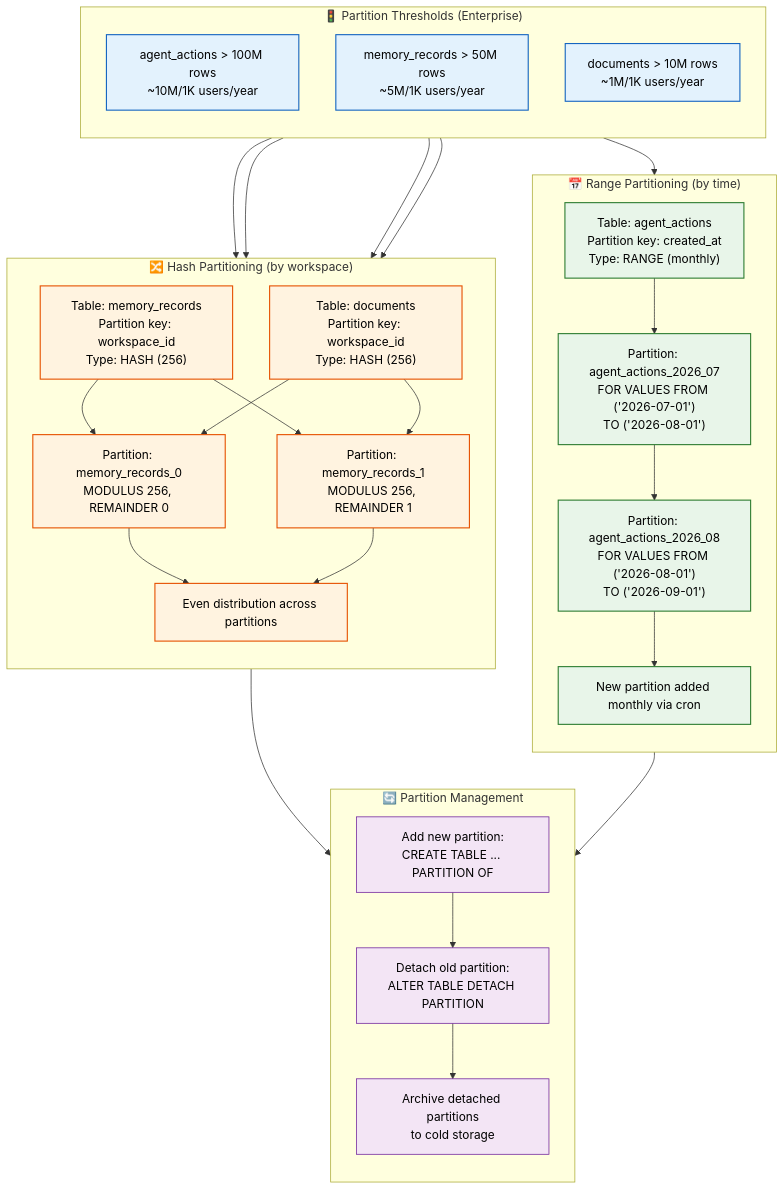
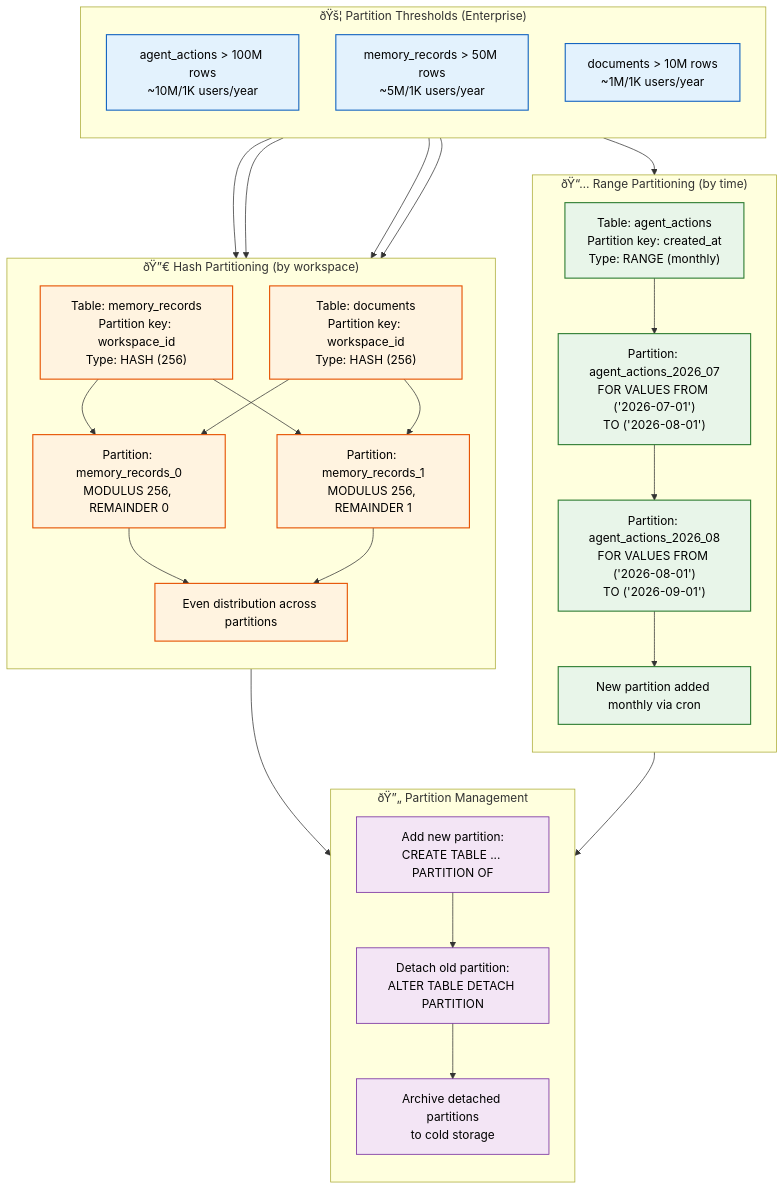
Before and after one commit to Driftloom/Vaeloom: the first of 2 diagrams in Docs/Database/Partitioning.md, drawn with Mermaid. The commit also changed other lines of this file and 249 other files, not shown here.

````diff
--- a/Docs/Database/Partitioning.md
+++ b/Docs/Database/Partitioning.md
@@ -41,52 +41,52 @@
 ```mermaid
 graph TD
     classDef trigger fill:#e3f2fd,stroke:#1565c0,color:#000,stroke-width:1.5px
     classDef range fill:#e8f5e9,stroke:#2e7d32,color:#000,stroke-width:1.5px
     classDef hash fill:#fff3e0,stroke:#e65100,color:#000,stroke-width:1.5px
     classDef mgmt fill:#f3e5f5,stroke:#6a1b9a,color:#000,stroke-width:1px
 
-    subgraph Triggers["🚦 Partition Thresholds (Enterprise)"]
+    subgraph Triggers["ðŸš¦ Partition Thresholds (Enterprise)"]
         direction TB
         TR1["agent_actions > 100M rows<br/>~10M/1K users/year"]
         TR2["memory_records > 50M rows<br/>~5M/1K users/year"]
         TR3["documents > 10M rows<br/>~1M/1K users/year"]
     end
 
-    subgraph RangePartitions["📅 Range Partitioning (by time)"]
+    subgraph RangePartitions["ðŸ“… Range Partitioning (by time)"]
         direction TB
         RP1["Table: agent_actions<br/>Partition key: created_at<br/>Type: RANGE (monthly)"]
         RP2["Partition: agent_actions_2026_07<br/>FOR VALUES FROM ('2026-07-01')<br/>TO ('2026-08-01')"]
         RP3["Partition: agent_actions_2026_08<br/>FOR VALUES FROM ('2026-08-01')<br/>TO ('2026-09-01')"]
         RP4["New partition added monthly via cron"]
     end
 
-    subgraph HashPartitions["🔀 Hash Partitioning (by workspace)"]
+    subgraph HashPartitions["ðŸ”€ Hash Partitioning (by workspace)"]
         direction TB
         HP1["Table: memory_records<br/>Partition key: workspace_id<br/>Type: HASH (256)"]
         HP2["Table: documents<br/>Partition key: workspace_id<br/>Type: HASH (256)"]
         HP3["Partition: memory_records_0<br/>MODULUS 256, REMAINDER 0"]
         HP4["Partition: memory_records_1<br/>MODULUS 256, REMAINDER 1"]
         HP5["Even distribution across partitions"]
     end
 
-    subgraph Management["🔄 Partition Management"]
+    subgraph Management["ðŸ”„ Partition Management"]
         direction TB
         M1["Add new partition:<br/>CREATE TABLE ... PARTITION OF"]
         M2["Detach old partition:<br/>ALTER TABLE DETACH PARTITION"]
         M3["Archive detached partitions<br/>to cold storage"]
     end
 
     TR1 --> RP1
     TR2 & TR3 --> HP1 & HP2
     RP1 --> RP2 --> RP3 --> RP4
     HP1 & HP2 --> HP3 & HP4 --> HP5
     RP4 --> M1
     HP5 --> M1
     M1 --> M2 --> M3
 
     class TR1,TR2,TR3 trigger
     class RP1,RP2,RP3,RP4 range
     class HP1,HP2,HP3,HP4,HP5 hash
     class M1,M2,M3 mgmt
 
 ```
````
